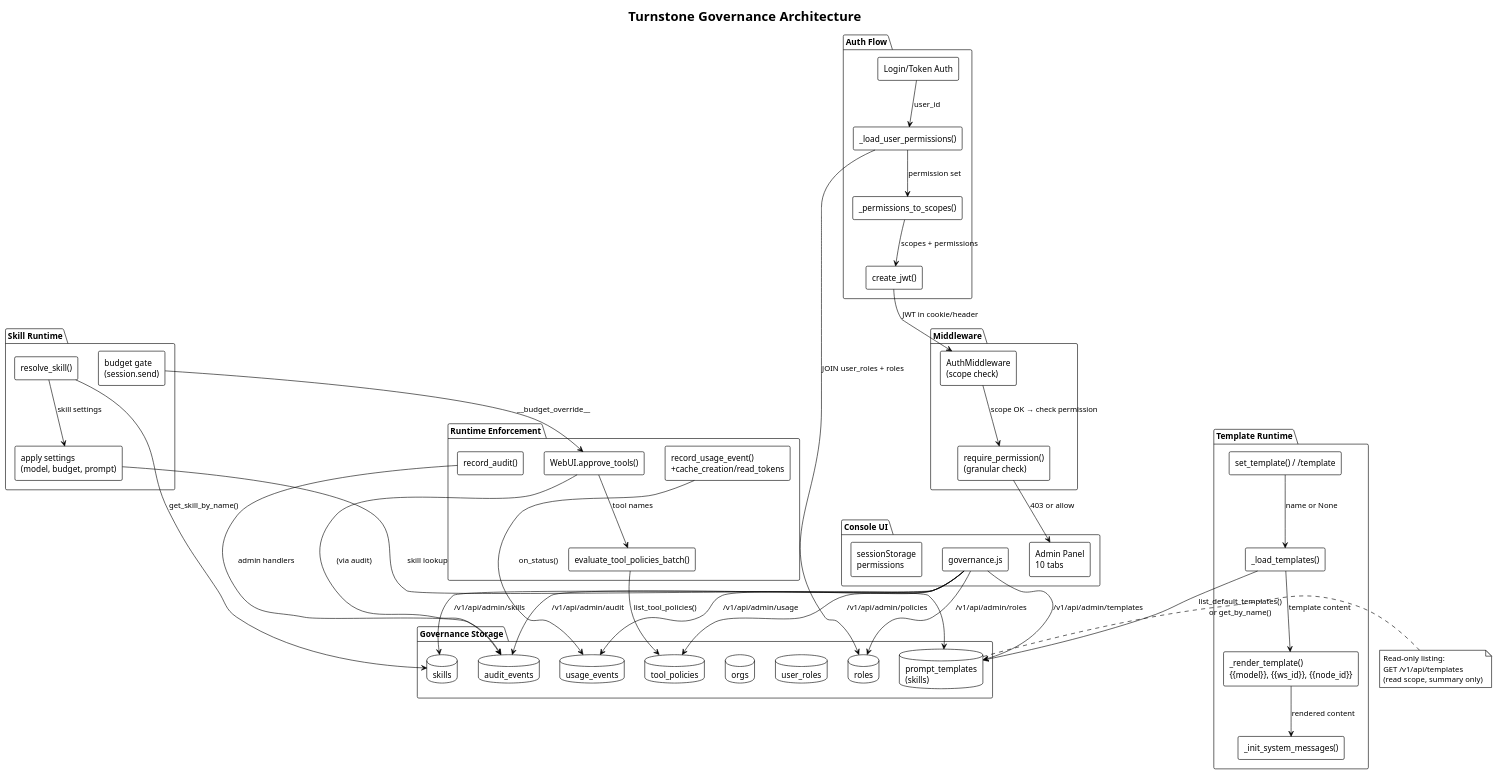
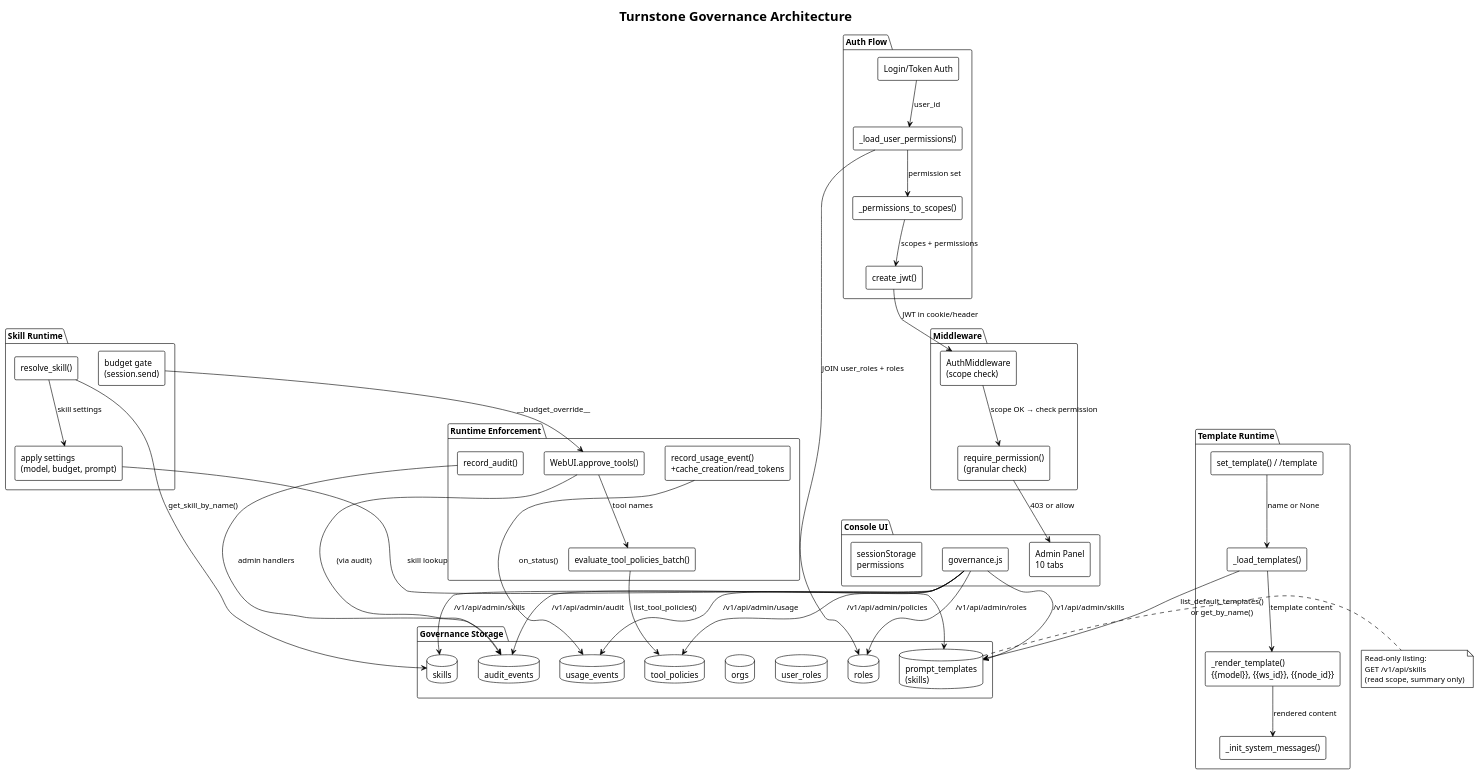
The diagram in docs/diagrams/19-governance-architecture.puml (turnstonelabs/turnstone), drawn with PlantUML before and after one commit. The commit also changed 14 other files, not shown here.

First line of the commit message:
fix: address Copilot review + rename admin.templates → admin.skills

```diff
--- a/docs/diagrams/19-governance-architecture.puml
+++ b/docs/diagrams/19-governance-architecture.puml
@@ -1,100 +1,100 @@
 @startuml
 !theme plain
 skinparam backgroundColor #FFFFFF
 skinparam defaultFontName "IBM Plex Mono"
 skinparam componentStyle rectangle
 
 title Turnstone Governance Architecture
 
 package "Auth Flow" {
   [Login/Token Auth] as auth
   [_load_user_permissions()] as perms
   [_permissions_to_scopes()] as scopes
   [create_jwt()] as jwt
 }
 
 package "Middleware" {
   [AuthMiddleware\n(scope check)] as mw
   [require_permission()\n(granular check)] as rp
 }
 
 package "Governance Storage" {
   database "roles" as roles_db
   database "user_roles" as ur_db
   database "orgs" as orgs_db
   database "tool_policies" as tp_db
   database "prompt_templates\n(skills)" as pt_db
   database "usage_events" as ue_db
   database "audit_events" as ae_db
   database "skills" as wt_db
 }
 
 package "Runtime Enforcement" {
   [evaluate_tool_policies_batch()] as eval
   [WebUI.approve_tools()] as approve
   [record_usage_event()\n+cache_creation/read_tokens] as usage
   [record_audit()] as audit
 }
 
 package "Template Runtime" {
   [_load_templates()] as tload
   [_render_template()\n{{model}}, {{ws_id}}, {{node_id}}] as trender
   [_init_system_messages()] as tsys
   [set_template() / /template] as tset
 }
 
 package "Skill Runtime" {
   [resolve_skill()] as wtr
   [apply settings\n(model, budget, prompt)] as wta
   [budget gate\n(session.send)] as wtb
 }
 
 package "Console UI" {
   [Admin Panel\n10 tabs] as ui
   [governance.js] as govjs
   [sessionStorage\npermissions] as ss
 }
 
 auth --> perms : user_id
 perms --> roles_db : JOIN user_roles + roles
 perms --> scopes : permission set
 scopes --> jwt : scopes + permissions
 
 jwt --> mw : JWT in cookie/header
 mw --> rp : scope OK → check permission
 
 rp --> ui : 403 or allow
 
 eval --> tp_db : list_tool_policies()
 approve --> eval : tool names
 approve --> ae_db : (via audit)
 
 usage --> ue_db : on_status()
 audit --> ae_db : admin handlers
 
 govjs --> roles_db : /v1/api/admin/roles
 govjs --> tp_db : /v1/api/admin/policies
-govjs --> pt_db : /v1/api/admin/templates
+govjs --> pt_db : /v1/api/admin/skills
 govjs --> ue_db : /v1/api/admin/usage
 govjs --> ae_db : /v1/api/admin/audit
 
 tload --> pt_db : list_default_templates()\nor get_by_name()
 tload --> trender : template content
 trender --> tsys : rendered content
 tset --> tload : name or None
 
 note right of pt_db
   Read-only listing:
-  GET /v1/api/templates
+  GET /v1/api/skills
   (read scope, summary only)
 end note
 
 govjs --> wt_db : /v1/api/admin/skills
 wtr --> wt_db : get_skill_by_name()
 wtr --> wta : skill settings
 wta --> pt_db : skill lookup
 wtb --> approve : __budget_override__
 
 auth -[hidden]-> mw
 mw -[hidden]-> approve
 @enduml
```
